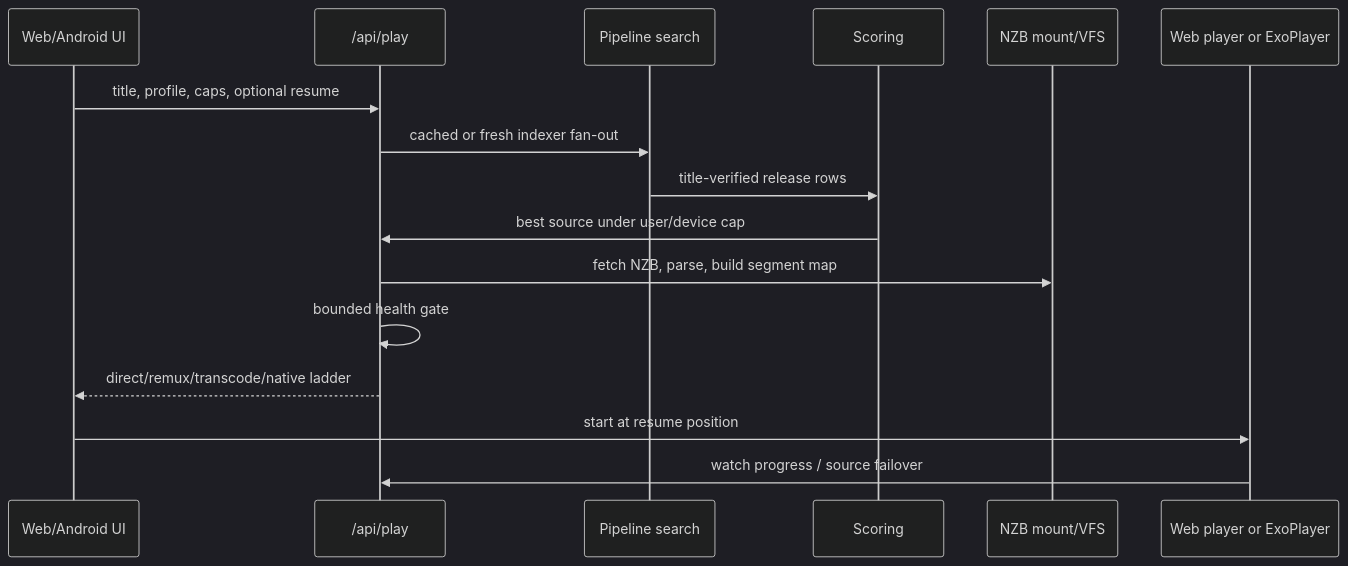
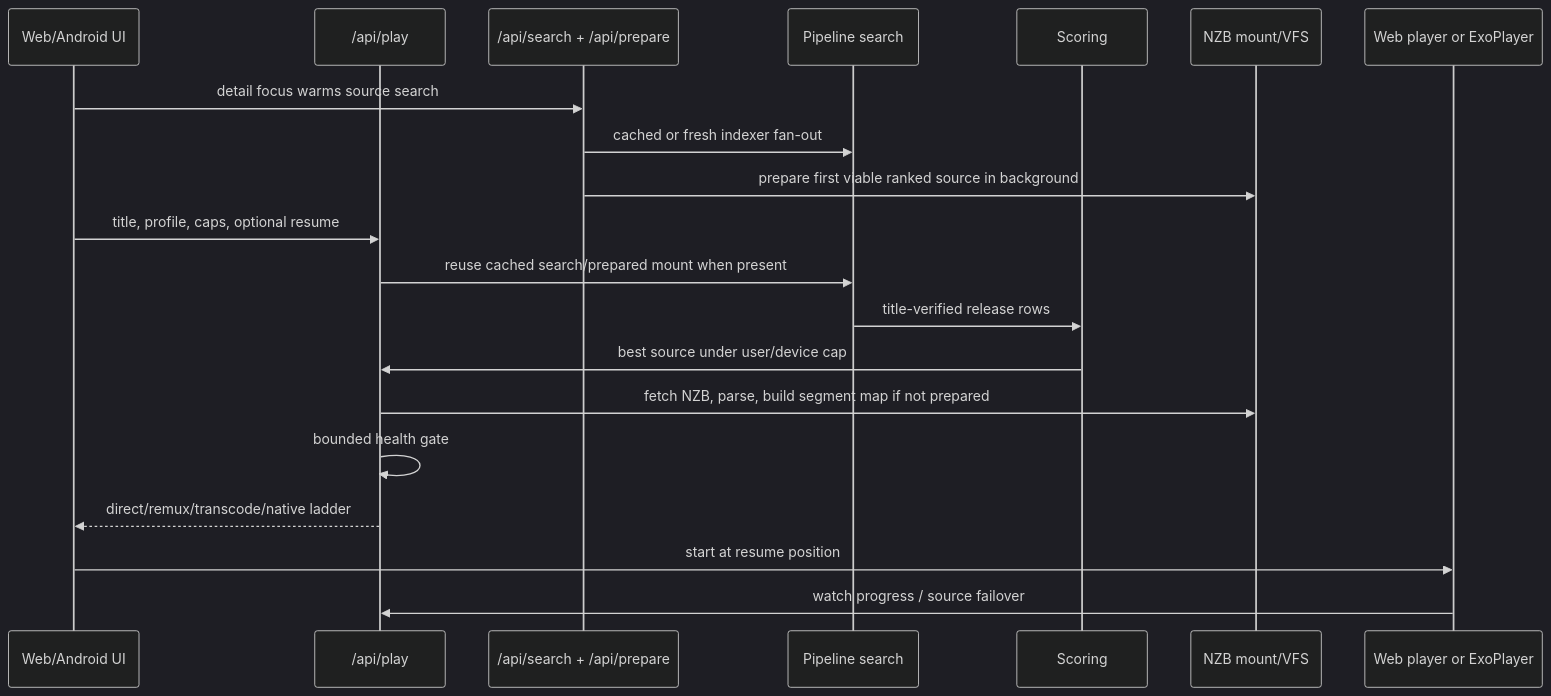
One commit to d1same/triboon changed the second of 3 diagrams in docs-architecture.md. Above: the diagram before and after it, drawn with Mermaid (dark theme). The commit also changed other lines of this file and 16 other files, not shown here.

````diff
--- a/docs-architecture.md
+++ b/docs-architecture.md
@@ -97,19 +98,23 @@
 ```mermaid
 sequenceDiagram
   participant UI as Web/Android UI
   participant API as /api/play
+  participant Prep as /api/search + /api/prepare
   participant Search as Pipeline search
   participant Rank as Scoring
   participant Mount as NZB mount/VFS
   participant Player as Web player or ExoPlayer
 
+  UI->>Prep: detail focus warms source search
+  Prep->>Search: cached or fresh indexer fan-out
+  Prep->>Mount: prepare first viable ranked source in background
   UI->>API: title, profile, caps, optional resume
-  API->>Search: cached or fresh indexer fan-out
+  API->>Search: reuse cached search/prepared mount when present
   Search->>Rank: title-verified release rows
   Rank->>API: best source under user/device cap
-  API->>Mount: fetch NZB, parse, build segment map
+  API->>Mount: fetch NZB, parse, build segment map if not prepared
   API->>API: bounded health gate
   API-->>UI: direct/remux/transcode/native ladder
   UI->>Player: start at resume position
   Player->>API: watch progress / source failover
 ```
````
